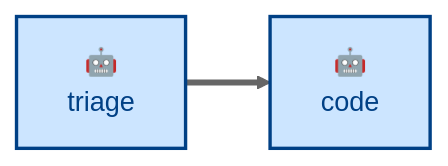
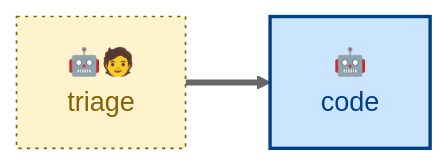
One commit to kieranpotts/skills changed the diagram in skills/triage/README.md. Above: the diagram before and after it, drawn with Mermaid (neutral theme). The commit also changed other lines of this file and 56 other files, not shown here.

````diff
--- a/skills/triage/README.md
+++ b/skills/triage/README.md
@@ -34,14 +49,14 @@
 ```mermaid
 flowchart LR
   %% Node labels and classes.
-  triage["🤖<br/>triage"]:::agentic
+  triage["🤖🧑<br/>triage"]:::anthropic
   code["🤖<br/>code"]:::agentic
 
   %% Main workflow sequence.
   triage ==> code
 
   %% Class definitions.
   classDef agentic fill:#cce5ff,stroke:#004085,color:#004085,stroke-width:2px
   classDef scripted fill:#e2e3e5,stroke:#4b5157,color:#383d41,stroke-width:2px
   classDef anthropic fill:#fff3cd,stroke:#856404,color:#856404,stroke-width:1px,stroke-dasharray:2 3
 ```
````
